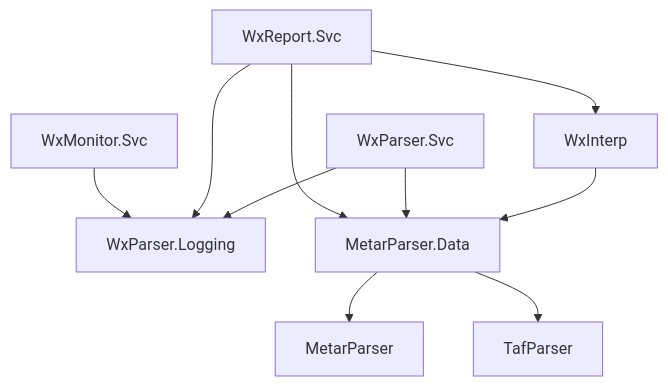
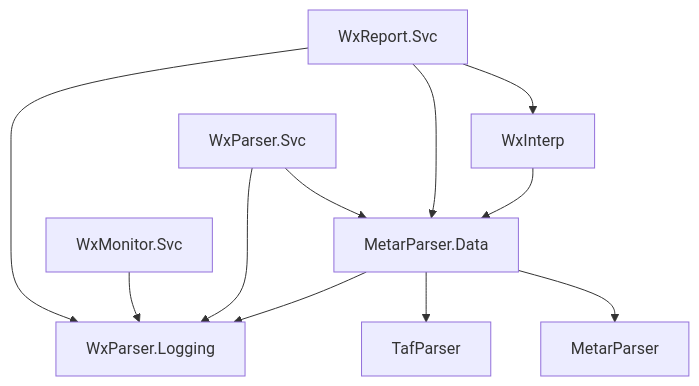
One commit to PaulHarder2/HarderWare changed the fifth of 7 diagrams in WxParser/DESIGN.md. Above: the diagram before and after it, drawn with Mermaid. The commit also changed 25 other files, not shown here.

````diff
--- a/WxParser/DESIGN.md
+++ b/WxParser/DESIGN.md
@@ -232,21 +232,22 @@
 ```mermaid
 graph TD
     LOG[WxParser.Logging]
     MDATA[MetarParser.Data]
     MP[MetarParser]
     TP[TafParser]
     INTERP[WxInterp]
     PSVC[WxParser.Svc]
     RSVC[WxReport.Svc]
     MSVC[WxMonitor.Svc]
 
     MDATA --> MP
     MDATA --> TP
+    MDATA --> LOG
     INTERP --> MDATA
     PSVC --> MDATA
     PSVC --> LOG
     RSVC --> INTERP
     RSVC --> MDATA
     RSVC --> LOG
     MSVC --> LOG
 ```
````
